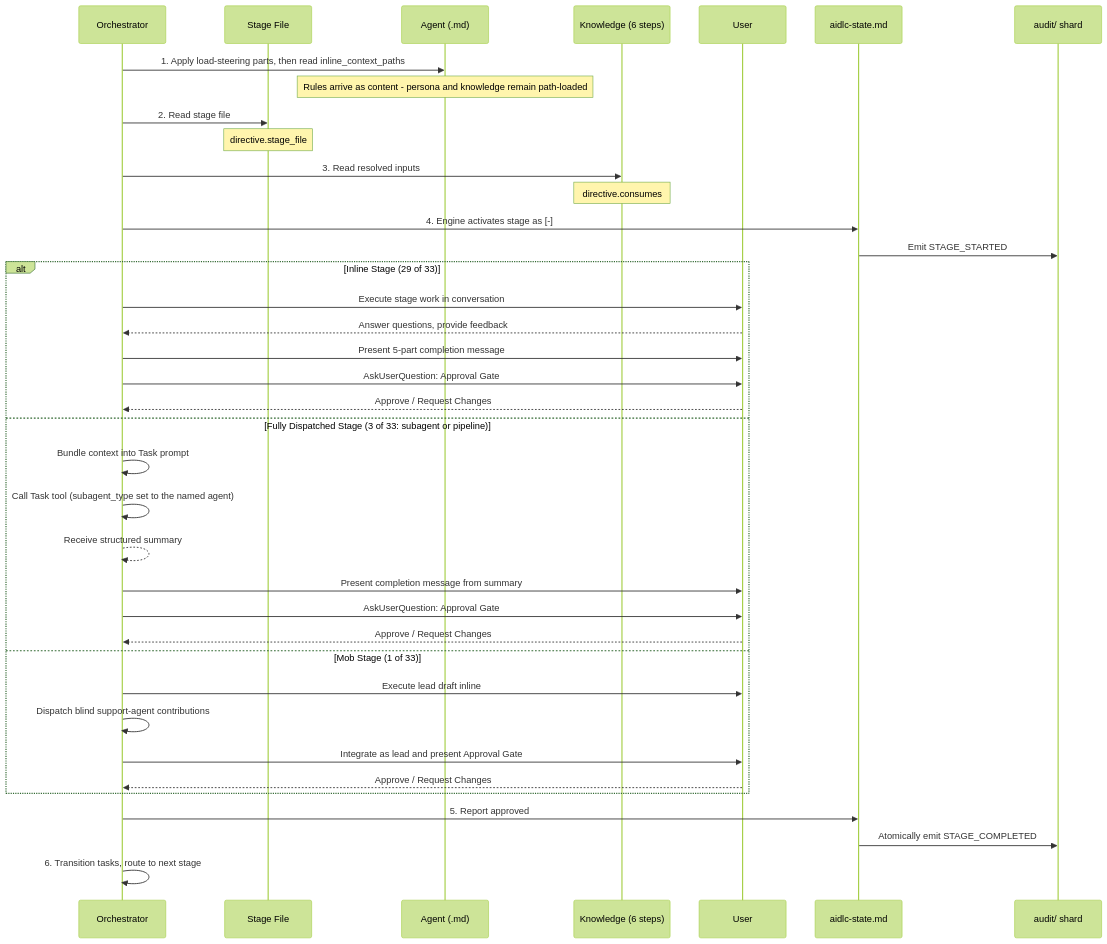
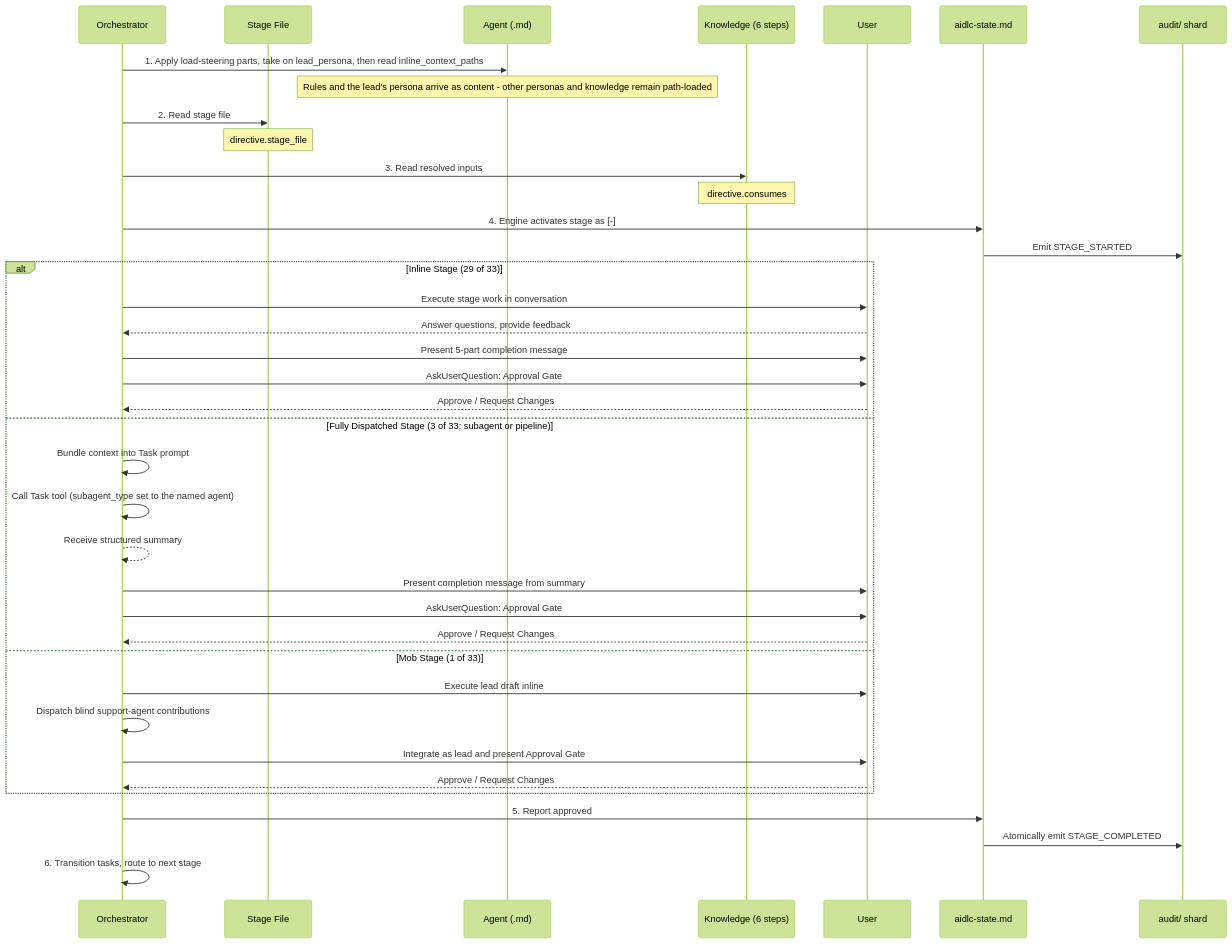
Before and after one commit to awslabs/aidlc-workflows: the second of 4 diagrams in docs/reference/03-orchestrator.md, drawn with Mermaid (forest theme). The commit also changed other lines of this file and 21 other files, not shown here.

First line of the commit message:
fix(engine): the step that starts a stage carries the lead's persona, so nothing has to be read before it

````diff
--- a/docs/reference/03-orchestrator.md
+++ b/docs/reference/03-orchestrator.md
@@ -416,46 +416,46 @@
 ```mermaid
 sequenceDiagram
     participant O as Orchestrator
     participant SF as Stage File
     participant A as Agent (.md)
     participant K as Knowledge (6 steps)
     participant U as User
     participant S as aidlc-state.md
     participant AU as audit/ shard
 
-    O->>A: 1. Apply load-steering parts, then read inline_context_paths
-    Note over A: Rules arrive as content - persona and knowledge remain path-loaded
+    O->>A: 1. Apply load-steering parts, take on lead_persona, then read inline_context_paths
+    Note over A: Rules and the lead's persona arrive as content - other personas and knowledge remain path-loaded
 
     O->>SF: 2. Read stage file
     Note over SF: directive.stage_file
 
     O->>K: 3. Read resolved inputs
     Note over K: directive.consumes
 
     O->>S: 4. Engine activates stage as [-]
     S->>AU: Emit STAGE_STARTED
 
     alt Inline Stage (29 of 33)
         O->>U: Execute stage work in conversation
         U-->>O: Answer questions, provide feedback
         O->>U: Present 5-part completion message
         O->>U: AskUserQuestion: Approval Gate
         U-->>O: Approve / Request Changes
     else Fully Dispatched Stage (3 of 33: subagent or pipeline)
         O->>O: Bundle context into Task prompt
         O->>O: Call Task tool (subagent_type set to the named agent)
         O-->>O: Receive structured summary
         O->>U: Present completion message from summary
         O->>U: AskUserQuestion: Approval Gate
         U-->>O: Approve / Request Changes
     else Mob Stage (1 of 33)
         O->>U: Execute lead draft inline
         O->>O: Dispatch blind support-agent contributions
         O->>U: Integrate as lead and present Approval Gate
         U-->>O: Approve / Request Changes
     end
 
     O->>S: 5. Report approved
     S->>AU: Atomically emit STAGE_COMPLETED
     O->>O: 6. Transition tasks, route to next stage
 ```
````
